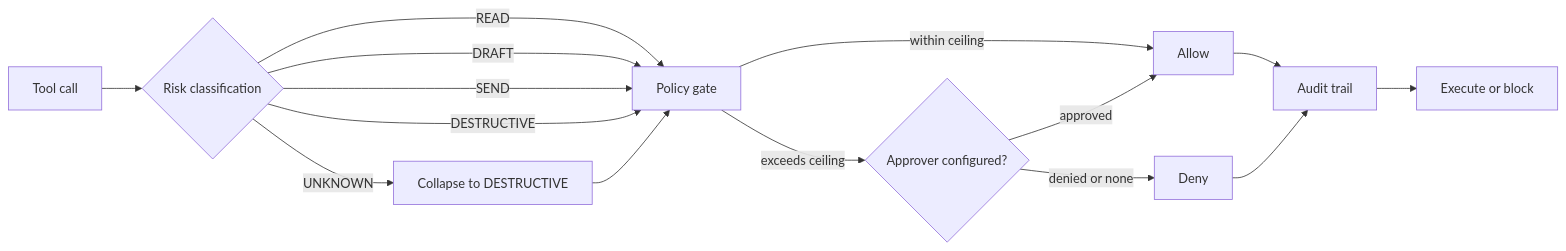
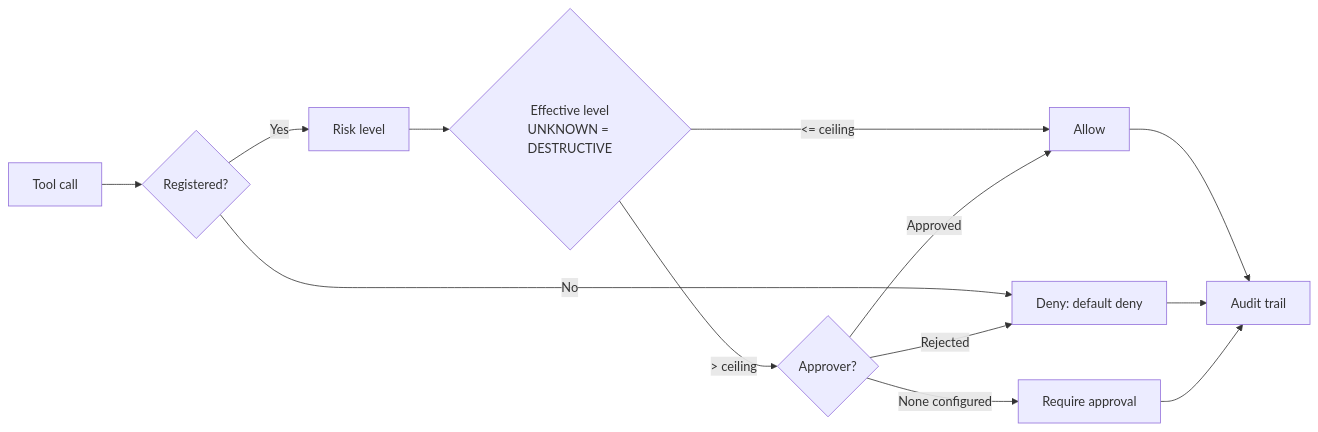
One commit to signalgatingprotocol/python-sdk changed the first of 3 diagrams in README.md. Above: the diagram before and after it, drawn with Mermaid. The commit also changed other lines of this file, not shown here.

Commit message:
Add Jev risk classifier, fix pyyaml packaging, README overhaul

````diff
--- a/README.md
+++ b/README.md
@@ -71,17 +147,15 @@
 ```mermaid
 flowchart LR
-    A[Tool call] --> B{Risk classification}
-    B -->|READ| C[Policy gate]
-    B -->|DRAFT| C
-    B -->|SEND| C
-    B -->|DESTRUCTIVE| C
-    B -->|UNKNOWN| D[Collapse to DESTRUCTIVE]
-    D --> C
-    C -->|within ceiling| E[Allow]
-    C -->|exceeds ceiling| F{Approver configured?}
-    F -->|approved| E
-    F -->|denied or none| G[Deny]
-    E --> H[Audit trail]
-    G --> H
-    H --> I[Execute or block]
+    TC[Tool call] --> REG{Registered?}
+    REG -- No --> DENY[Deny: default deny]
+    REG -- Yes --> CLS[Risk level]
+    CLS --> EFF{Effective level<br/>UNKNOWN = DESTRUCTIVE}
+    EFF -- <= ceiling --> ALLOW[Allow]
+    EFF -- > ceiling --> APP{Approver?}
+    APP -- Approved --> ALLOW
+    APP -- Rejected --> DENY
+    APP -- None configured --> GATE[Require approval]
+    ALLOW --> AUDIT[Audit trail]
+    DENY --> AUDIT
+    GATE --> AUDIT
 ```
````
